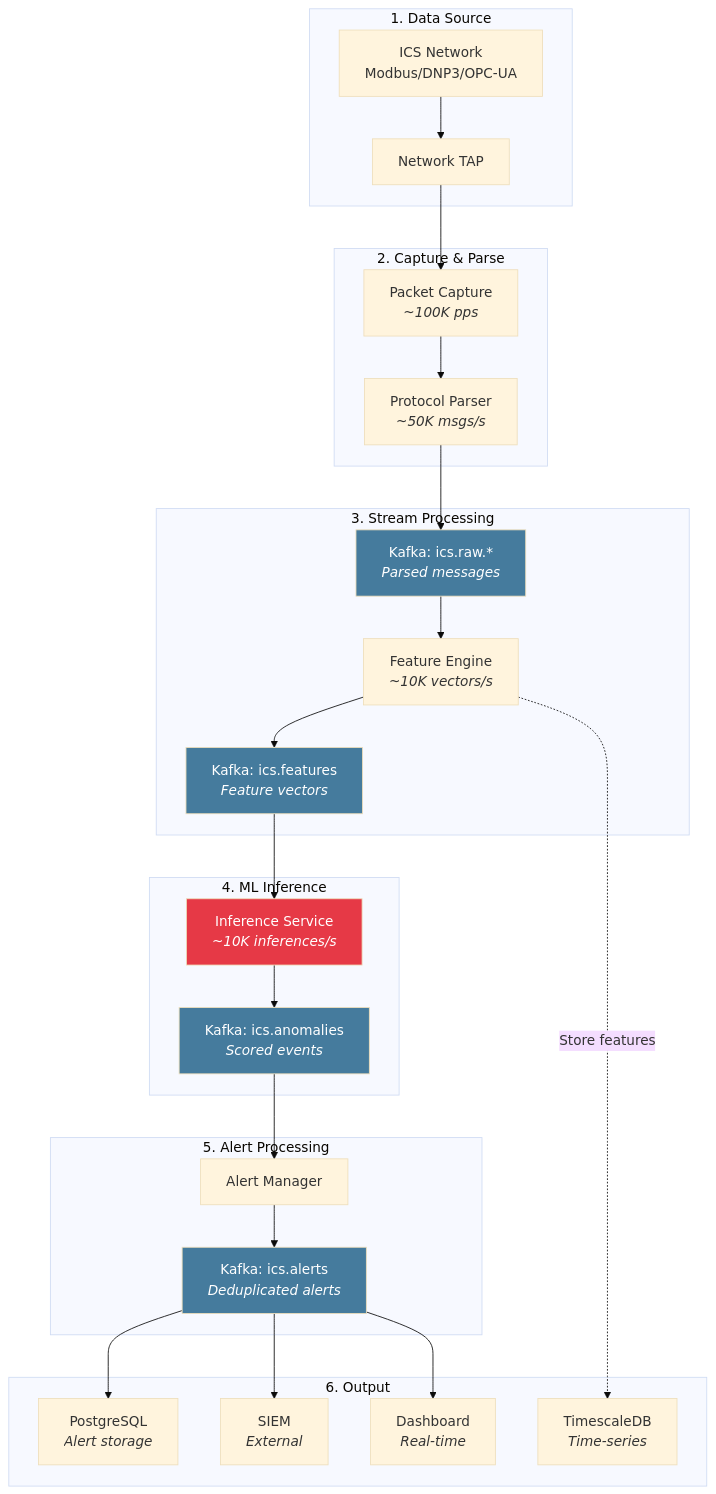
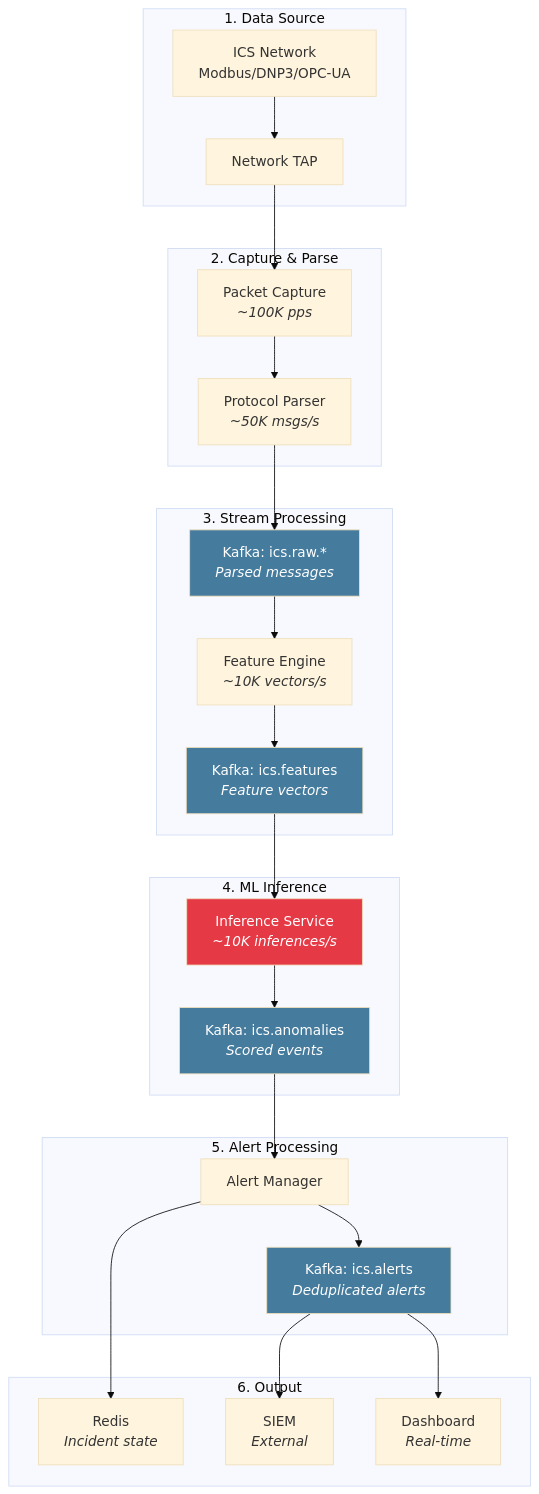
The first of 11 diagrams in packages/docs/docs/architecture/data-flow.md (caverac/ics-anomaly-detection), drawn with Mermaid (base theme) before and after one commit. The commit also changed other lines of this file and 35 other files, not shown here.

````diff
--- a/packages/docs/docs/architecture/data-flow.md
+++ b/packages/docs/docs/architecture/data-flow.md
@@ -11,56 +11,54 @@
 ```mermaid
 flowchart TB
     subgraph Source["1. Data Source"]
         ICS["ICS Network<br/>Modbus/DNP3/OPC-UA"]
         TAP["Network TAP"]
     end
 
     subgraph Capture["2. Capture & Parse"]
         CAP["Packet Capture<br/><i>~100K pps</i>"]
         PARSE["Protocol Parser<br/><i>~50K msgs/s</i>"]
     end
 
     subgraph Stream["3. Stream Processing"]
         K1["Kafka: ics.raw.*<br/><i>Parsed messages</i>"]
         FEAT["Feature Engine<br/><i>~10K vectors/s</i>"]
         K2["Kafka: ics.features<br/><i>Feature vectors</i>"]
     end
 
     subgraph ML["4. ML Inference"]
         INF["Inference Service<br/><i>~10K inferences/s</i>"]
         K3["Kafka: ics.anomalies<br/><i>Scored events</i>"]
     end
 
     subgraph Alert["5. Alert Processing"]
         AM["Alert Manager"]
         K4["Kafka: ics.alerts<br/><i>Deduplicated alerts</i>"]
     end
 
     subgraph Output["6. Output"]
-        DB["PostgreSQL<br/><i>Alert storage</i>"]
-        TS["TimescaleDB<br/><i>Time-series</i>"]
+        REDIS["Redis<br/><i>Incident state</i>"]
         SIEM["SIEM<br/><i>External</i>"]
         DASH["Dashboard<br/><i>Real-time</i>"]
     end
 
     ICS --> TAP
     TAP --> CAP
     CAP --> PARSE
     PARSE --> K1
     K1 --> FEAT
     FEAT --> K2
-    FEAT -.->|"Store features"| TS
     K2 --> INF
     INF --> K3
     K3 --> AM
+    AM --> REDIS
     AM --> K4
-    K4 --> DB
     K4 --> SIEM
     K4 --> DASH
 
     style K1 fill:#457b9d,color:#fff
     style K2 fill:#457b9d,color:#fff
     style K3 fill:#457b9d,color:#fff
     style K4 fill:#457b9d,color:#fff
     style INF fill:#e63946,color:#fff
 ```
````
